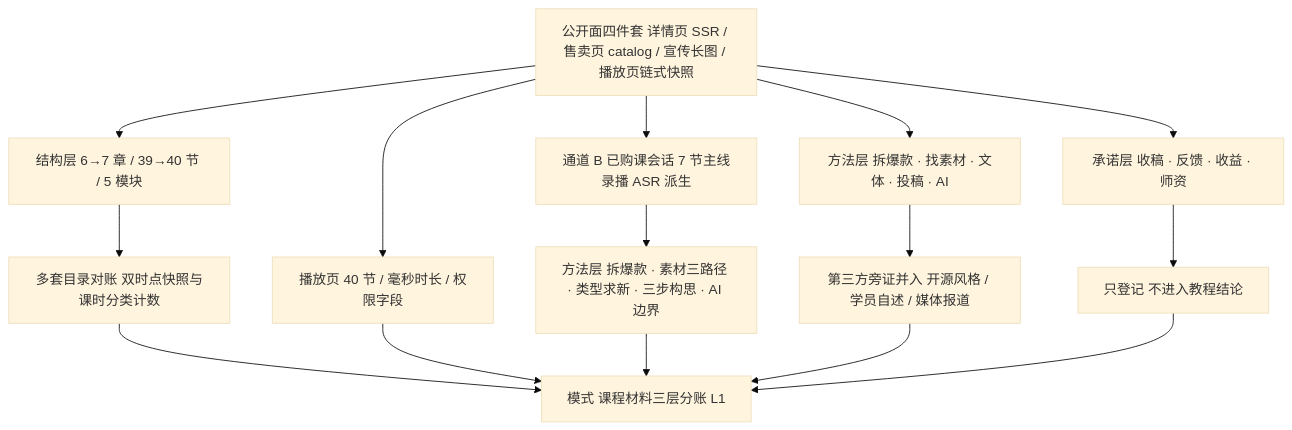
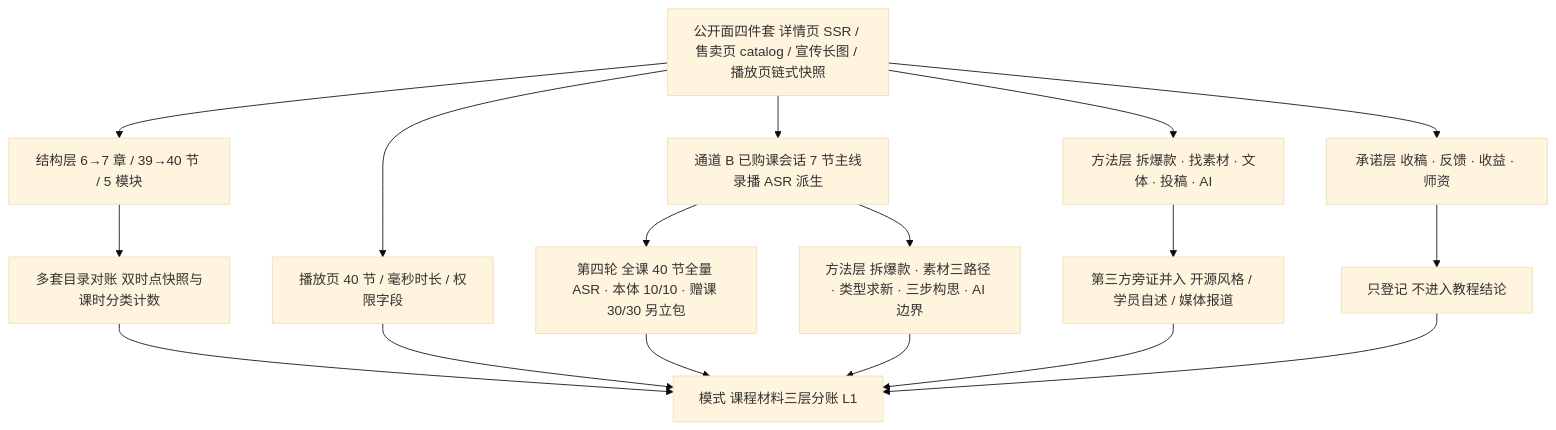
One commit to awesome-flexloop/awesome-okf changed the diagram in doc/bundles/sheke/industry/short-story-writing-system/index.md. Above: the diagram before and after it, drawn with Mermaid (base theme). The commit also changed other lines of this file and 35 other files, not shown here.

````diff
--- a/doc/bundles/sheke/industry/short-story-writing-system/index.md
+++ b/doc/bundles/sheke/industry/short-story-writing-system/index.md
@@ -58,17 +65,19 @@
 ```mermaid
 flowchart TD
     A["公开面四件套 详情页 SSR / 售卖页 catalog / 宣传长图 / 播放页链式快照"] --> B["结构层 6→7 章 / 39→40 节 / 5 模块"]
     A --> I["播放页 40 节 / 毫秒时长 / 权限字段"]
     A --> C["方法层 拆爆款 · 找素材 · 文体 · 投稿 · AI"]
     A --> D["承诺层 收稿 · 反馈 · 收益 · 师资"]
     B --> E["多套目录对账 双时点快照与课时分类计数"]
     C --> F["第三方旁证并入 开源风格 / 学员自述 / 媒体报道"]
     D --> G["只登记 不进入教程结论"]
     E --> H["模式 课程材料三层分账 L1"]
     I --> H
     A --> J["通道 B 已购课会话 7 节主线录播 ASR 派生"]
     J --> K["方法层 拆爆款 · 素材三路径 · 类型求新 · 三步构思 · AI 边界"]
+    J --> L["第四轮 全课 40 节全量 ASR · 本体 10/10 · 赠课 30/30 另立包"]
+    L --> H
     K --> H
     F --> H
     G --> H
 ```
````
